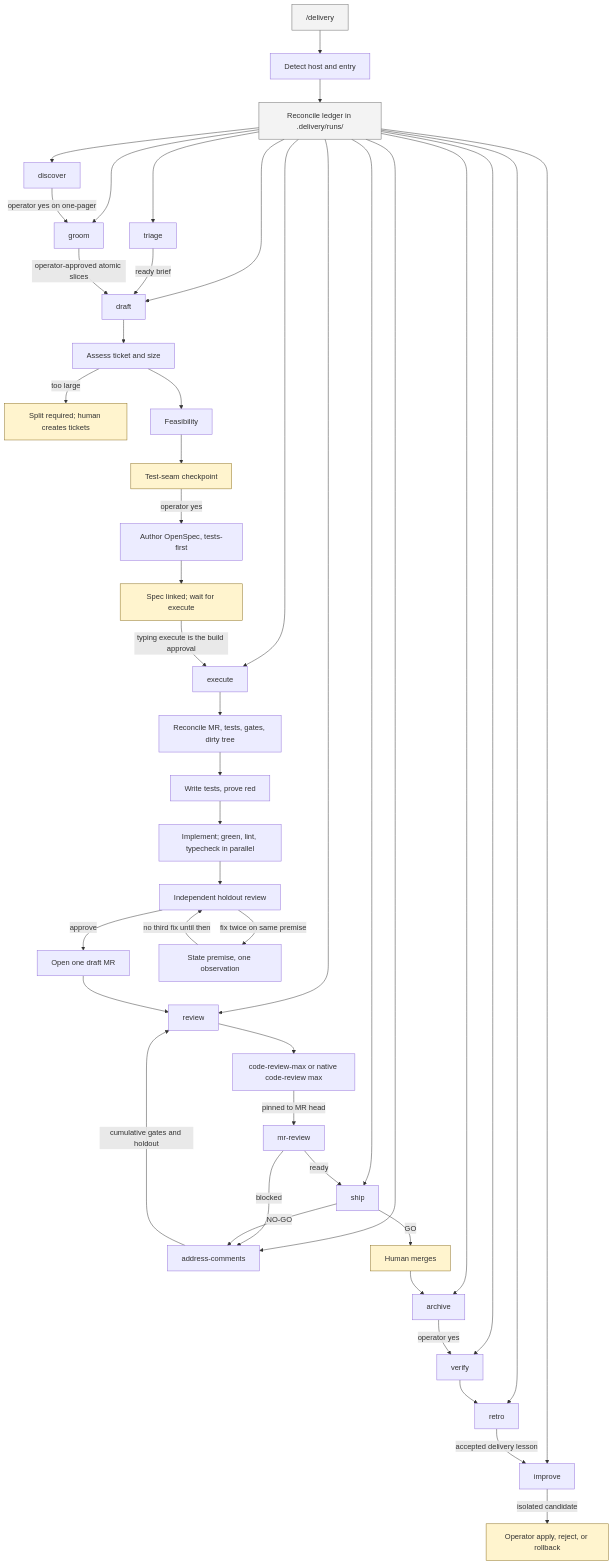
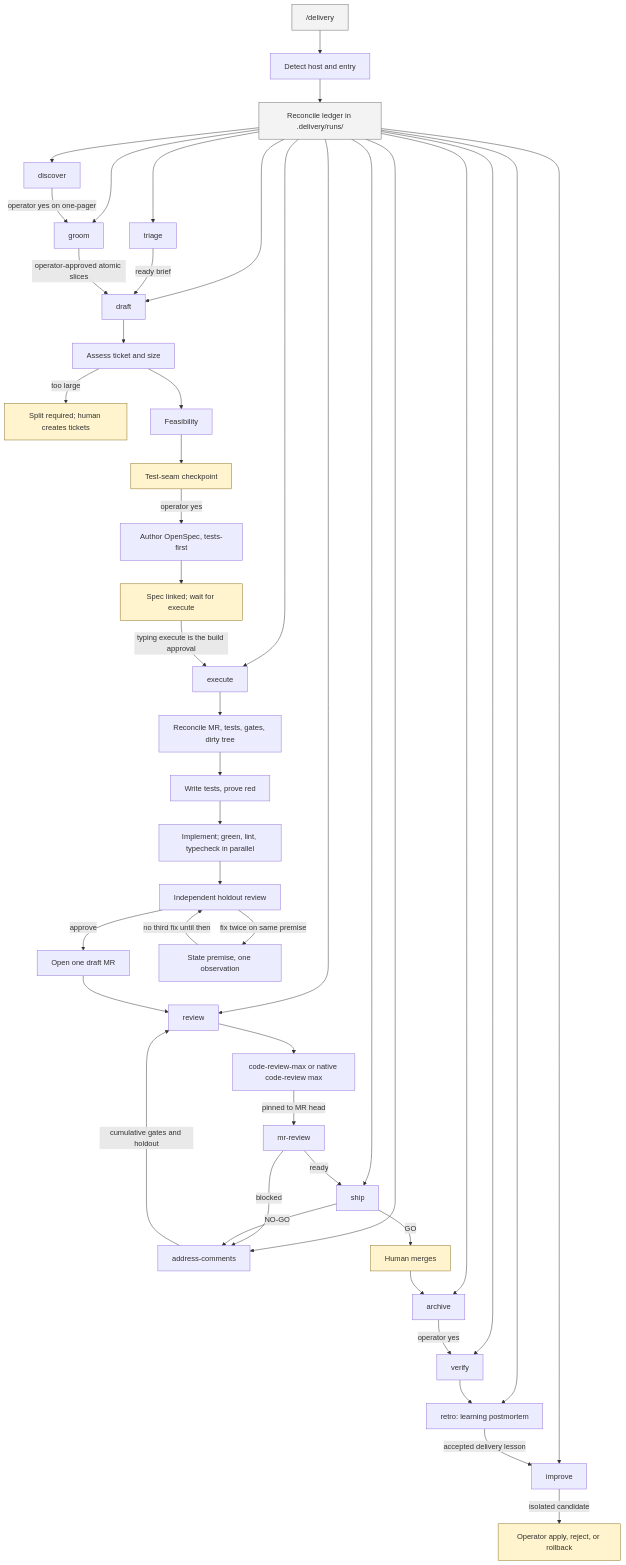
The diagram in README.md (thisismijan/delivery-skills), drawn with Mermaid before and after one commit. The commit also changed other lines of this file and 3 other files, not shown here.

Commit message:
feat(delivery): add engineering learning postmortem

````diff
--- a/README.md
+++ b/README.md
@@ -80,58 +80,58 @@
 ```mermaid
 flowchart TD
   start["/delivery"] --> detect["Detect host and entry"]
   detect --> ledger["Reconcile ledger in .delivery/runs/"]
 
   ledger --> discover["discover"]
   ledger --> triage["triage"]
   ledger --> groom["groom"]
   ledger --> draft["draft"]
   ledger --> execute["execute"]
   ledger --> review["review"]
   ledger --> address["address-comments"]
   ledger --> ship["ship"]
   ledger --> archive["archive"]
   ledger --> verify["verify"]
   ledger --> retro["retro"]
   ledger --> improve["improve"]
 
   discover -->|"operator yes on one-pager"| groom
   triage -->|"ready brief"| draft
   groom -->|"operator-approved atomic slices"| draft
 
   draft --> assess["Assess ticket and size"]
   assess -->|"too large"| split["Split required; human creates tickets"]
   assess --> feasible["Feasibility"]
   feasible --> seams["Test-seam checkpoint"]
   seams -->|"operator yes"| openspec["Author OpenSpec, tests-first"]
   openspec --> drafted["Spec linked; wait for execute"]
 
   drafted -->|"typing execute is the build approval"| execute
   execute --> resume["Reconcile MR, tests, gates, dirty tree"]
   resume --> red["Write tests, prove red"]
   red --> green["Implement; green, lint, typecheck in parallel"]
   green --> holdout["Independent holdout review"]
   holdout -->|"approve"| mr["Open one draft MR"]
   holdout -->|"fix twice on same premise"| premise["State premise, one observation"]
   premise -->|"no third fix until then"| holdout
 
   mr --> review
   review --> maxPass["code-review-max or native code-review max"]
   maxPass -->|"pinned to MR head"| mrReview["mr-review"]
   mrReview -->|"ready"| ship
   mrReview -->|"blocked"| address
   address -->|"cumulative gates and holdout"| review
 
   ship -->|"GO"| mergeWait["Human merges"]
   ship -->|"NO-GO"| address
   mergeWait --> archive
   archive -->|"operator yes"| verify
-  verify --> retro
+  verify --> retro["retro: learning postmortem"]
   retro -->|"accepted delivery lesson"| improve
   improve -->|"isolated candidate"| applyWait["Operator apply, reject, or rollback"]
 
   classDef human fill:#fff4ce,stroke:#8a6d1d
   classDef stop fill:#f3f3f3,stroke:#666
   class seams,drafted,split,mergeWait,applyWait human
   class start,ledger stop
 ```
````
